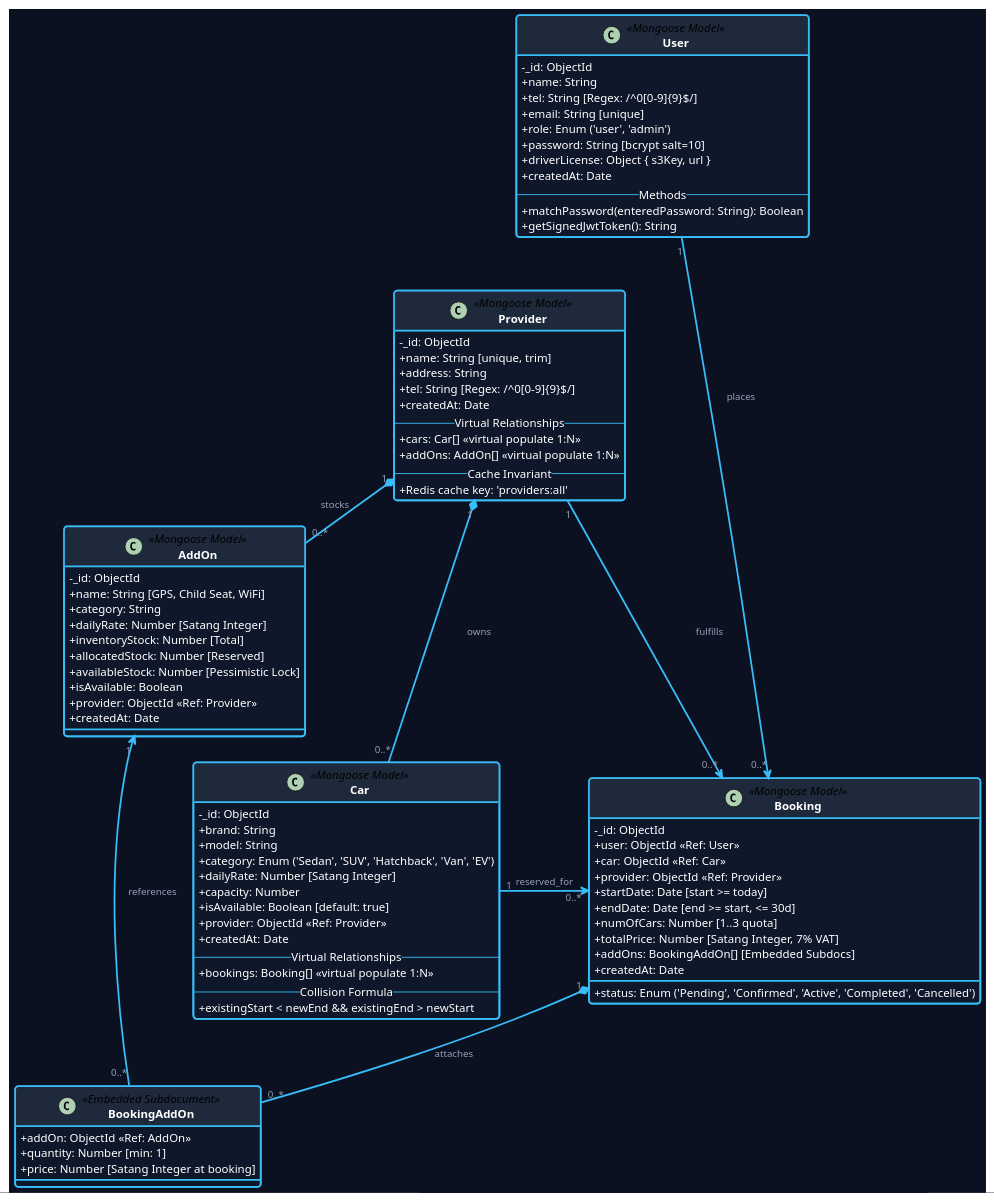
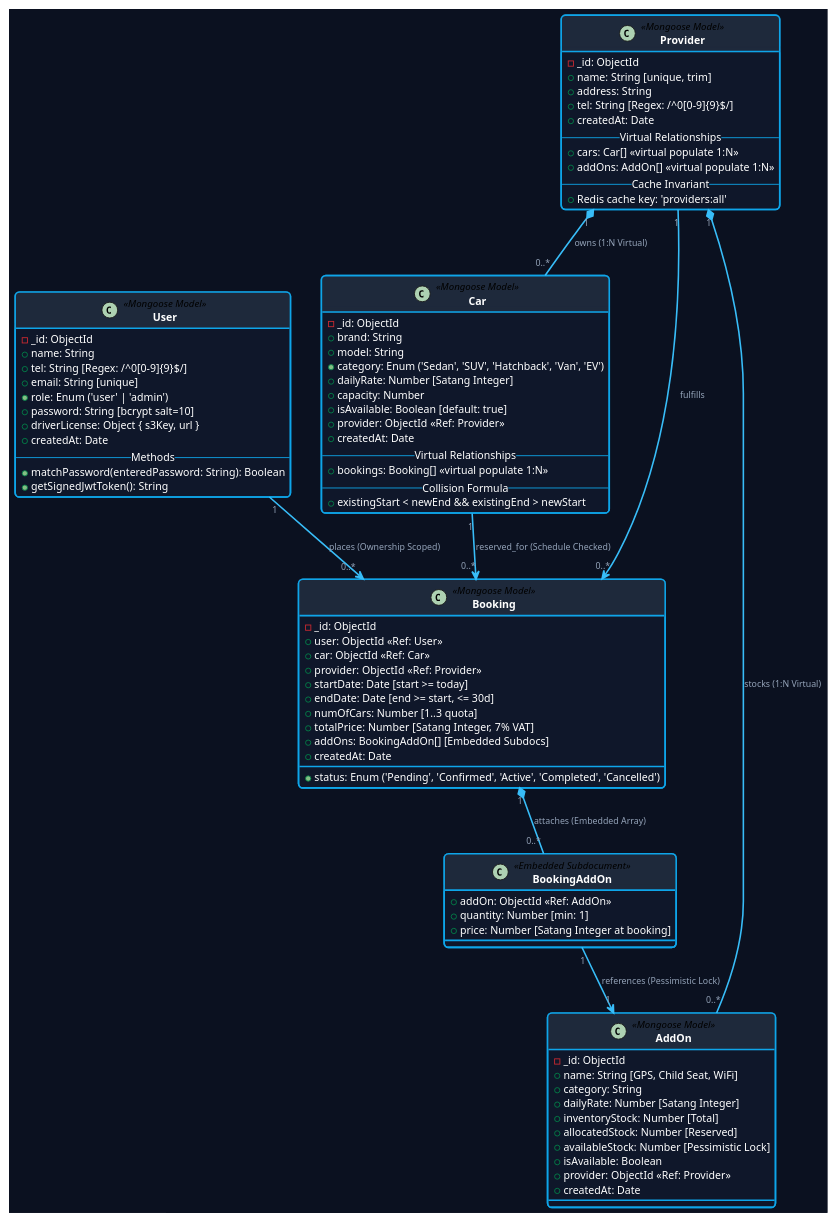
Before and after one commit to worawalan-s/rental-car-booking: the diagram in docs/diagrams/class_diagram.puml, drawn with PlantUML. The commit also changed 7 other files, not shown here.

Commit message:
docs(diagrams): restore original class diagram layout with bright white text and fix use case plain styling

```diff
--- a/docs/diagrams/class_diagram.puml
+++ b/docs/diagrams/class_diagram.puml
@@ -1,119 +1,115 @@
 @startuml class_diagram
 skinparam BackgroundColor #0B1120
-skinparam roundcorner 8
+skinparam roundcorner 10
 skinparam shadowing false
 skinparam defaultFontName "Helvetica, Arial, sans-serif"
-skinparam defaultFontSize 13
-
-' Remove muddy icons, use clear high-contrast text + and -
-skinparam classAttributeIconSize 0
+skinparam defaultFontSize 11
 
 skinparam class {
     BackgroundColor #0F172A
-    BorderColor #38BDF8
-    BorderThickness 2
+    BorderColor #0EA5E9
+    BorderThickness 1.8
     HeaderBackgroundColor #1E293B
     FontColor #FFFFFF
-    FontSize 15
+    FontSize 14
     FontStyle bold
     AttributeFontColor #FFFFFF
-    AttributeFontSize 13
+    AttributeFontSize 12
 }
 
 skinparam stereotypeCBackgroundColor #0284C7
 skinparam stereotypeCFontColor #FFFFFF
 
 skinparam arrow {
     Color #38BDF8
-    Thickness 2
+    Thickness 1.8
     FontColor #94A3B8
-    FontSize 11
+    FontSize 10
 }
 
 class User <<Mongoose Model>> {
     -_id: ObjectId
     +name: String
     +tel: String [Regex: /^0[0-9]{9}$/]
     +email: String [unique]
-    +role: Enum ('user', 'admin')
+    +role: Enum ('user' | 'admin')
     +password: String [bcrypt salt=10]
     +driverLicense: Object { s3Key, url }
     +createdAt: Date
     -- Methods --
     +matchPassword(enteredPassword: String): Boolean
     +getSignedJwtToken(): String
 }
 
-class Booking <<Mongoose Model>> {
+class Provider <<Mongoose Model>> {
     -_id: ObjectId
-    +user: ObjectId <<Ref: User>>
-    +car: ObjectId <<Ref: Car>>
-    +provider: ObjectId <<Ref: Provider>>
-    +startDate: Date [start >= today]
-    +endDate: Date [end >= start, <= 30d]
-    +numOfCars: Number [1..3 quota]
-    +status: Enum ('Pending', 'Confirmed', 'Active', 'Completed', 'Cancelled')
-    +totalPrice: Number [Satang Integer, 7% VAT]
-    +addOns: BookingAddOn[] [Embedded Subdocs]
+    +name: String [unique, trim]
+    +address: String
+    +tel: String [Regex: /^0[0-9]{9}$/]
     +createdAt: Date
+    -- Virtual Relationships --
+    +cars: Car[] <<virtual populate 1:N>>
+    +addOns: AddOn[] <<virtual populate 1:N>>
+    -- Cache Invariant --
+    +Redis cache key: 'providers:all'
 }
 
 class Car <<Mongoose Model>> {
     -_id: ObjectId
     +brand: String
     +model: String
     +category: Enum ('Sedan', 'SUV', 'Hatchback', 'Van', 'EV')
     +dailyRate: Number [Satang Integer]
     +capacity: Number
     +isAvailable: Boolean [default: true]
     +provider: ObjectId <<Ref: Provider>>
     +createdAt: Date
     -- Virtual Relationships --
     +bookings: Booking[] <<virtual populate 1:N>>
     -- Collision Formula --
     +existingStart < newEnd && existingEnd > newStart
 }
 
-class Provider <<Mongoose Model>> {
+class Booking <<Mongoose Model>> {
     -_id: ObjectId
-    +name: String [unique, trim]
-    +address: String
-    +tel: String [Regex: /^0[0-9]{9}$/]
+    +user: ObjectId <<Ref: User>>
+    +car: ObjectId <<Ref: Car>>
+    +provider: ObjectId <<Ref: Provider>>
+    +startDate: Date [start >= today]
+    +endDate: Date [end >= start, <= 30d]
+    +numOfCars: Number [1..3 quota]
+    +status: Enum ('Pending', 'Confirmed', 'Active', 'Completed', 'Cancelled')
+    +totalPrice: Number [Satang Integer, 7% VAT]
+    +addOns: BookingAddOn[] [Embedded Subdocs]
     +createdAt: Date
-    -- Virtual Relationships --
-    +cars: Car[] <<virtual populate 1:N>>
-    +addOns: AddOn[] <<virtual populate 1:N>>
-    -- Cache Invariant --
-    +Redis cache key: 'providers:all'
 }
 
 class AddOn <<Mongoose Model>> {
     -_id: ObjectId
     +name: String [GPS, Child Seat, WiFi]
     +category: String
     +dailyRate: Number [Satang Integer]
     +inventoryStock: Number [Total]
     +allocatedStock: Number [Reserved]
     +availableStock: Number [Pessimistic Lock]
     +isAvailable: Boolean
     +provider: ObjectId <<Ref: Provider>>
     +createdAt: Date
 }
 
 class BookingAddOn <<Embedded Subdocument>> {
     +addOn: ObjectId <<Ref: AddOn>>
     +quantity: Number [min: 1]
     +price: Number [Satang Integer at booking]
 }
 
-' Layout connections
-User "1" -right-> "0..*" Booking : places
-Booking "0..*" <-left- "1" Car : reserved_for
-User -[hidden]down-> Provider
-Provider "1" *-right- "0..*" AddOn : stocks
-Provider "1" *-- "0..*" Car : owns
+' Entity Relationships
+Provider "1" *-- "0..*" Car : owns (1:N Virtual)
+Provider "1" *-- "0..*" AddOn : stocks (1:N Virtual)
+User "1" --> "0..*" Booking : places (Ownership Scoped)
+Car "1" --> "0..*" Booking : reserved_for (Schedule Checked)
 Provider "1" --> "0..*" Booking : fulfills
-Booking "1" *-down- "0..*" BookingAddOn : attaches
-BookingAddOn "0..*" -left-> "1" AddOn : references
+Booking "1" *-- "0..*" BookingAddOn : attaches (Embedded Array)
+BookingAddOn "1" --> "1" AddOn : references (Pessimistic Lock)
 
 @enduml
```
